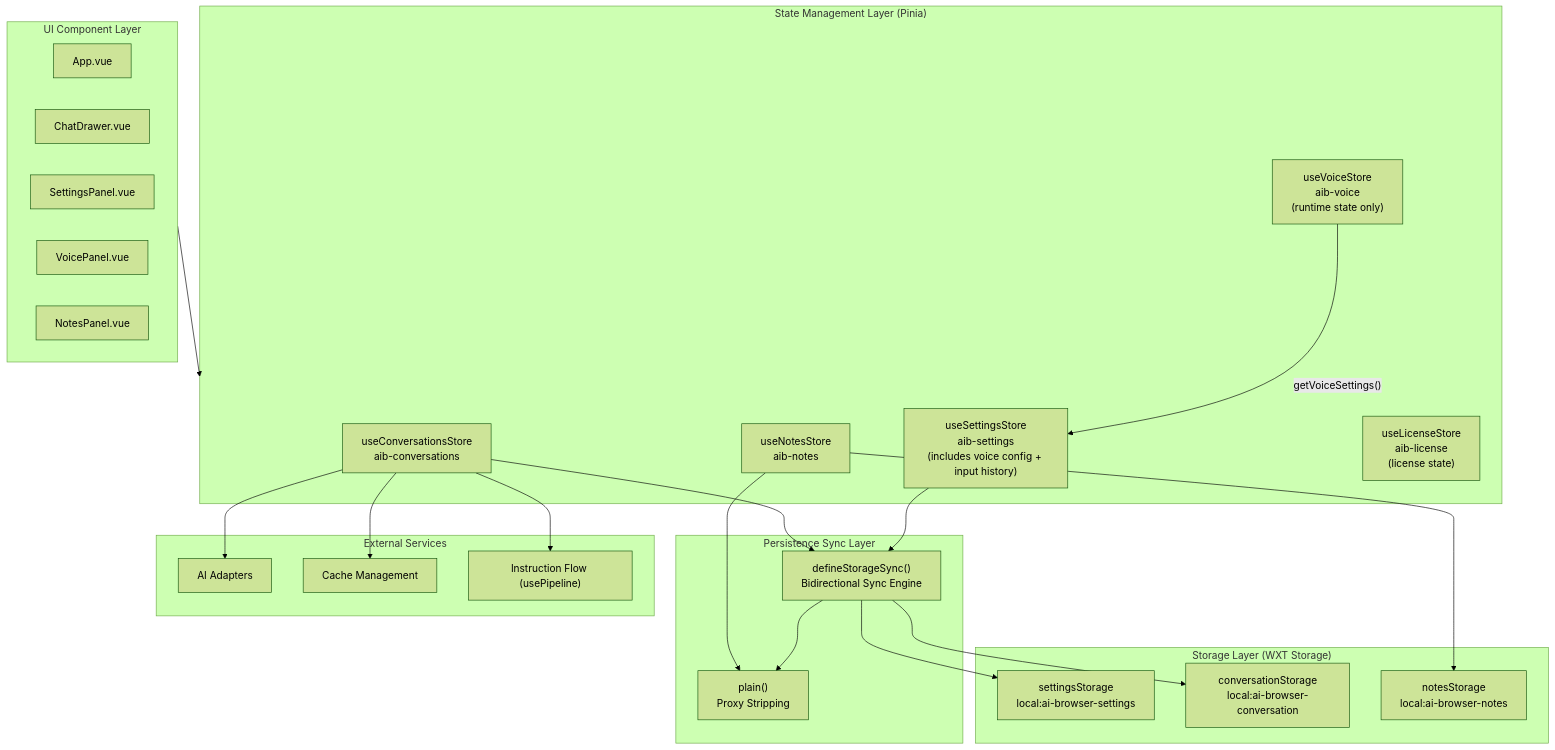
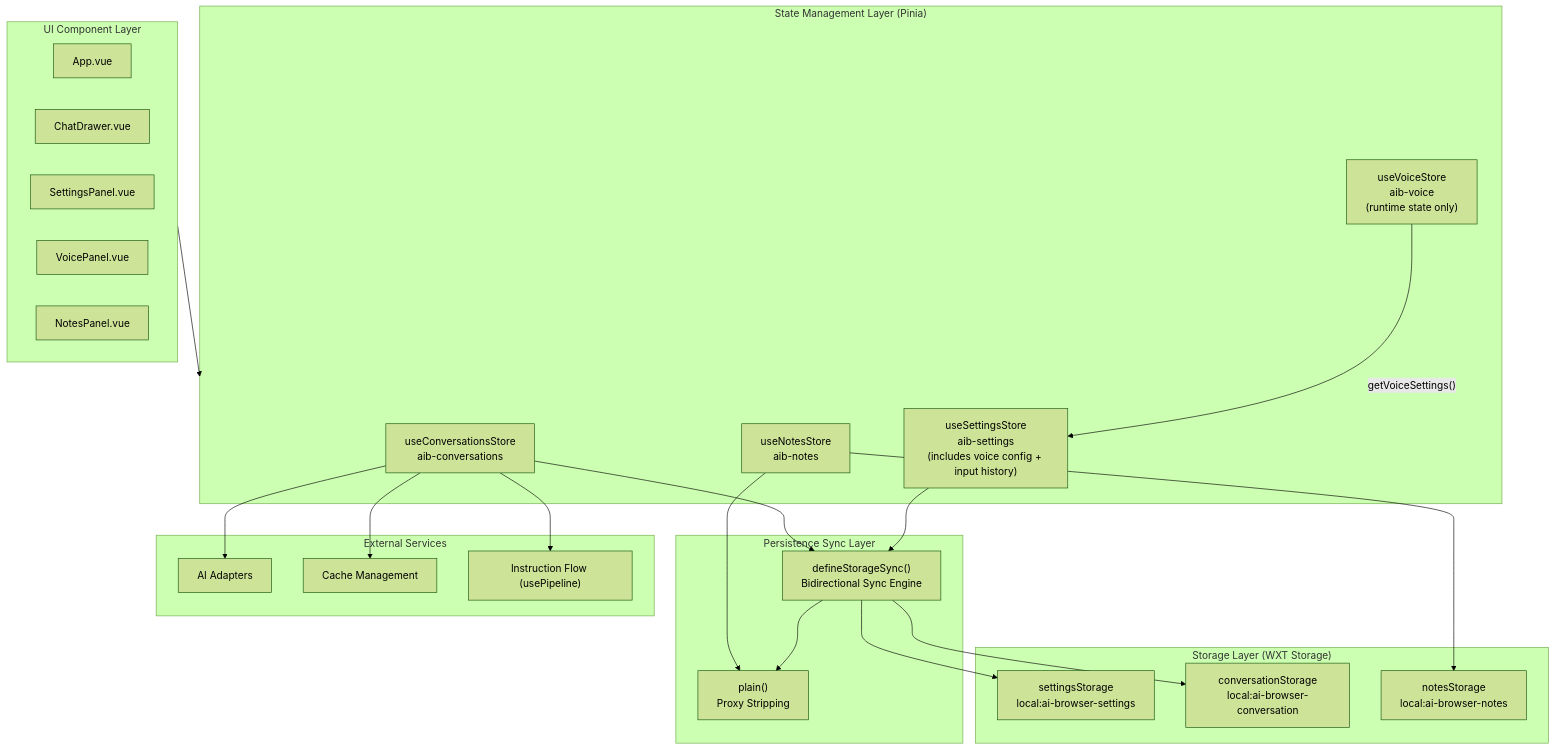
Before and after one commit to zw123zw/ai-browser: the first of 10 diagrams in docs/architecture/state-management-en.md, drawn with Mermaid (forest theme). The commit also changed other lines of this file and 46 other files, not shown here.

````diff
--- a/docs/architecture/state-management-en.md
+++ b/docs/architecture/state-management-en.md
@@ -42,48 +41,47 @@
 ```mermaid
 graph TB
     subgraph UI["UI Component Layer"]
         App[App.vue]
         Chat[ChatDrawer.vue]
         Settings[SettingsPanel.vue]
         Voice[VoicePanel.vue]
         Notes[NotesPanel.vue]
     end
 
     subgraph Stores["State Management Layer (Pinia)"]
         SS["useSettingsStore<br/>aib-settings<br/>(includes voice config + input history)"]
         CS["useConversationsStore<br/>aib-conversations"]
         NS["useNotesStore<br/>aib-notes"]
         VS["useVoiceStore<br/>aib-voice<br/>(runtime state only)"]
-        LS["useLicenseStore<br/>aib-license<br/>(license state)"]
     end
 
     subgraph Sync["Persistence Sync Layer"]
         DSS["defineStorageSync()<br/>Bidirectional Sync Engine"]
         PL["plain()<br/>Proxy Stripping"]
     end
 
     subgraph Storage["Storage Layer (WXT Storage)"]
         STG_S["settingsStorage<br/>local:ai-browser-settings"]
         STG_C["conversationStorage<br/>local:ai-browser-conversation"]
         STG_N["notesStorage<br/>local:ai-browser-notes"]
     end
 
     subgraph External["External Services"]
         Adapter["AI Adapters"]
         Cache["Cache Management"]
         Pipeline["Instruction Flow (usePipeline)"]
     end
 
     UI --> Stores
     SS --> DSS
     CS --> DSS
     DSS --> PL
     DSS --> STG_S
     DSS --> STG_C
     NS --> PL
     NS --> STG_N
     CS --> Adapter
     CS --> Cache
     CS --> Pipeline
     VS -->|"getVoiceSettings()"| SS
 ```
````
